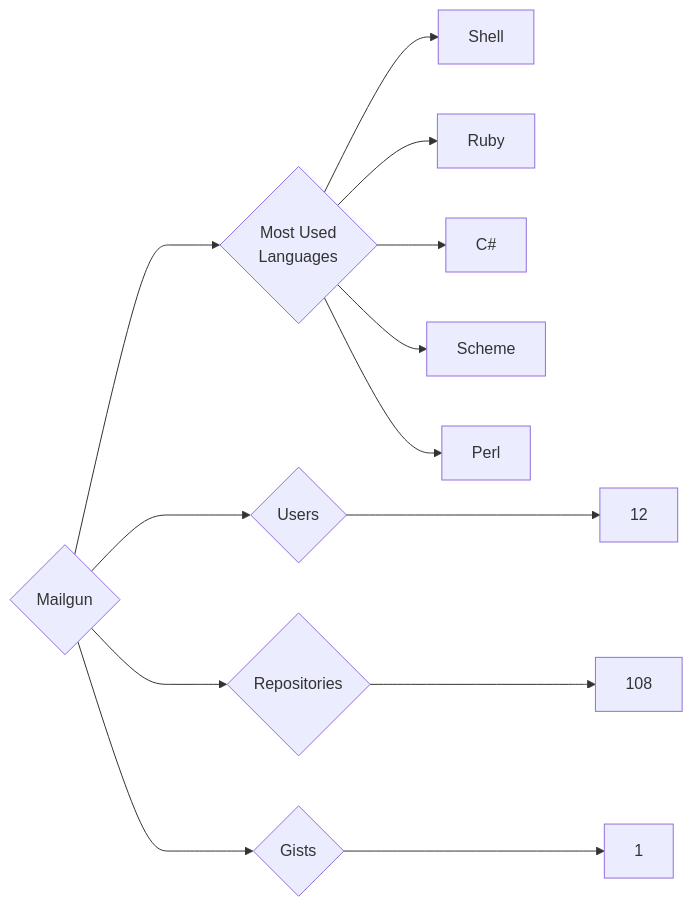
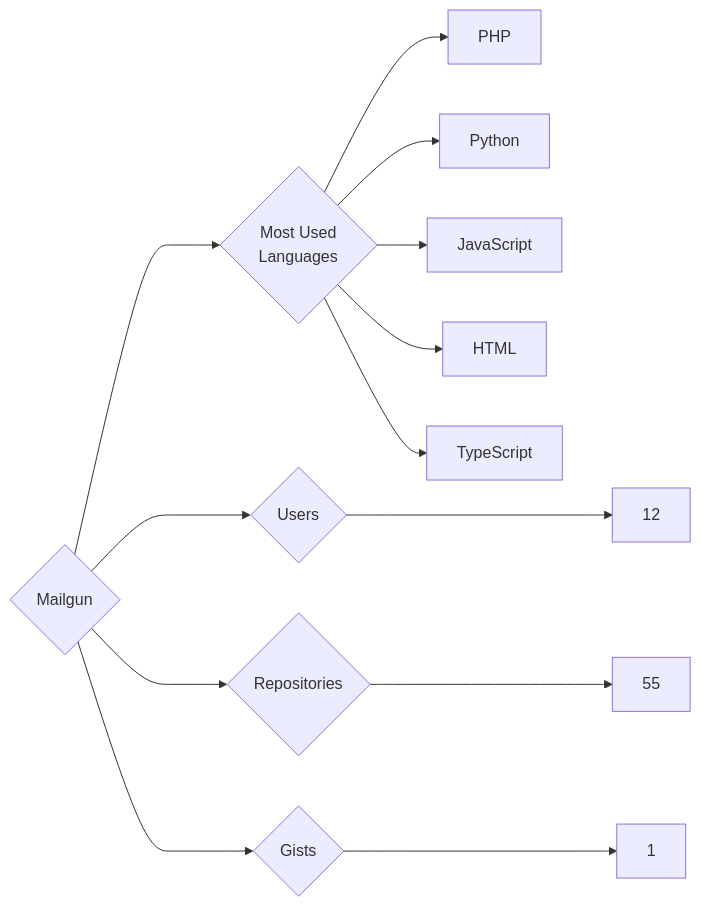
Before and after one commit to trickest/insiders: the diagram in targets/Mailgun/README.md, drawn with Mermaid. The commit also changed 838 other files, not shown here.

````diff
--- a/targets/Mailgun/README.md
+++ b/targets/Mailgun/README.md
@@ -3,13 +3,13 @@
 ```mermaid
 graph LR
 COMPANY_NAME{Mailgun}
 COMPANY_NAME ---> U{Users} ---> UN[12]
-COMPANY_NAME ---> R{Repositories} ---> RN[108]
+COMPANY_NAME ---> R{Repositories} ---> RN[55]
 COMPANY_NAME ---> G{Gists} ---> GN[1]
 COMPANY_NAME ---> ML{Most Used<br>Languages}
-ML --> Shell[Shell]
-ML --> Ruby[Ruby]
-ML --> C#[C#]
-ML --> Scheme[Scheme]
-ML --> Perl[Perl]
+ML --> PHP[PHP]
+ML --> Python[Python]
+ML --> JavaScript[JavaScript]
+ML --> HTML[HTML]
+ML --> TypeScript[TypeScript]
 ```
````
